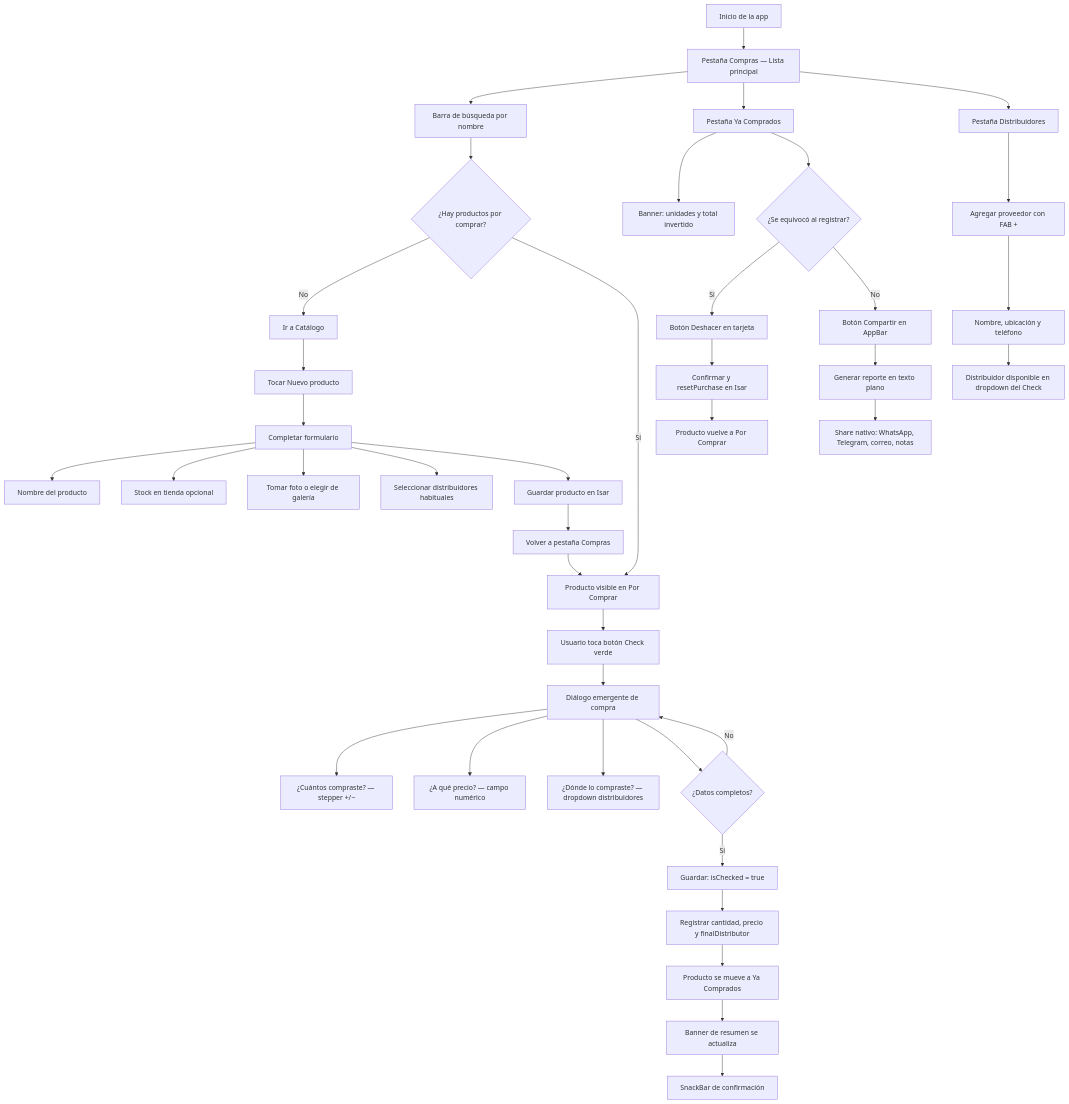
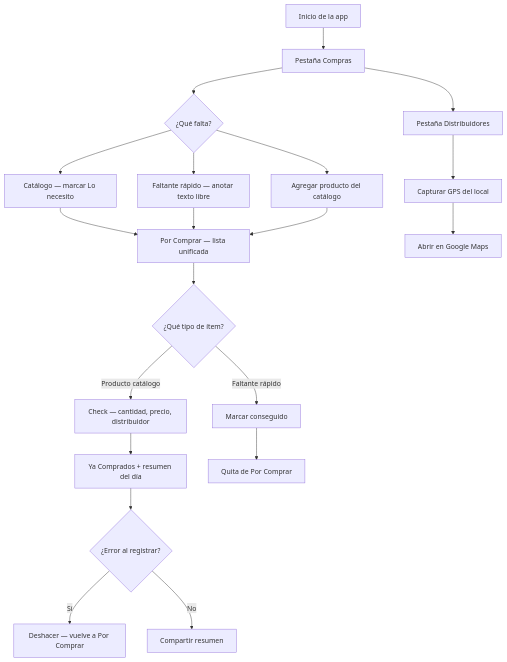
One commit to AxelJhostin/Listado_Axel changed the second of 2 diagrams in README.md. Above: the diagram before and after it, drawn with Mermaid. The commit also changed other lines of this file and 25 other files, not shown here.

First line of the commit message:
Reorientar la app hacia una lista de faltantes reales.

````diff
--- a/README.md
+++ b/README.md
@@ -101,45 +138,28 @@
 ```mermaid
 flowchart TD
-    A[Inicio de la app] --> B[Pestaña Compras — Lista principal]
-    B --> B1[Barra de búsqueda por nombre]
-    B1 --> C{¿Hay productos por comprar?}
-    C -- No --> D[Ir a Catálogo]
-    D --> E[Tocar Nuevo producto]
-    E --> F[Completar formulario]
-    F --> F1[Nombre del producto]
-    F --> F2[Stock en tienda opcional]
-    F --> F3[Tomar foto o elegir de galería]
-    F --> F4[Seleccionar distribuidores habituales]
-    F --> G[Guardar producto en Isar]
-    G --> H[Volver a pestaña Compras]
-    H --> I[Producto visible en Por Comprar]
+    A[Inicio de la app] --> B[Pestaña Compras]
+    B --> C{¿Qué falta?}
 
-    C -- Sí --> I
-    I --> J[Usuario toca botón Check verde]
-    J --> K[Diálogo emergente de compra]
-    K --> K1["¿Cuántos compraste? — stepper +/−"]
-    K --> K2["¿A qué precio? — campo numérico"]
-    K --> K3["¿Dónde lo compraste? — dropdown distribuidores"]
-    K --> L{¿Datos completos?}
-    L -- No --> K
-    L -- Sí --> M[Guardar: isChecked = true]
-    M --> N[Registrar cantidad, precio y finalDistributor]
-    N --> O[Producto se mueve a Ya Comprados]
-    O --> P[Banner de resumen se actualiza]
-    P --> Q[SnackBar de confirmación]
+    C --> D[Catálogo — marcar Lo necesito]
+    C --> E[Faltante rápido — anotar texto libre]
+    C --> F[Agregar producto del catálogo]
 
-    B --> R[Pestaña Ya Comprados]
-    R --> R1[Banner: unidades y total invertido]
-    R --> R2{¿Se equivocó al registrar?}
-    R2 -- Sí --> R3[Botón Deshacer en tarjeta]
-    R3 --> R4[Confirmar y resetPurchase en Isar]
-    R4 --> R5[Producto vuelve a Por Comprar]
-    R2 -- No --> R6[Botón Compartir en AppBar]
-    R6 --> R7[Generar reporte en texto plano]
-    R7 --> R8[Share nativo: WhatsApp, Telegram, correo, notas]
+    D --> G[Por Comprar — lista unificada]
+    E --> G
+    F --> G
 
-    B --> S[Pestaña Distribuidores]
-    S --> T[Agregar proveedor con FAB +]
-    T --> U[Nombre, ubicación y teléfono]
-    U --> V[Distribuidor disponible en dropdown del Check]
+    G --> H{¿Qué tipo de ítem?}
+    H -- Producto catálogo --> I[Check — cantidad, precio, distribuidor]
+    H -- Faltante rápido --> J[Marcar conseguido]
+
+    I --> K[Ya Comprados + resumen del día]
+    J --> L[Quita de Por Comprar]
+
+    K --> M{¿Error al registrar?}
+    M -- Sí --> N[Deshacer — vuelve a Por Comprar]
+    M -- No --> O[Compartir resumen]
+
+    B --> P[Pestaña Distribuidores]
+    P --> Q[Capturar GPS del local]
+    Q --> R[Abrir en Google Maps]
 ```
````
